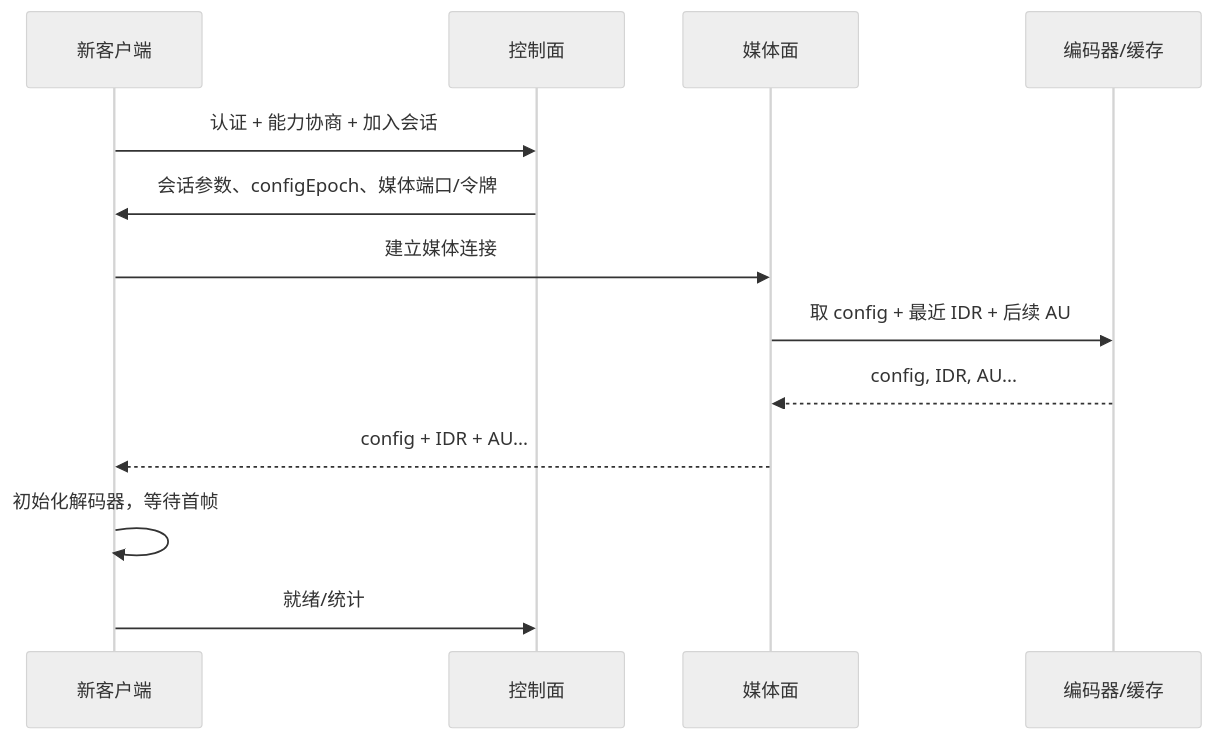
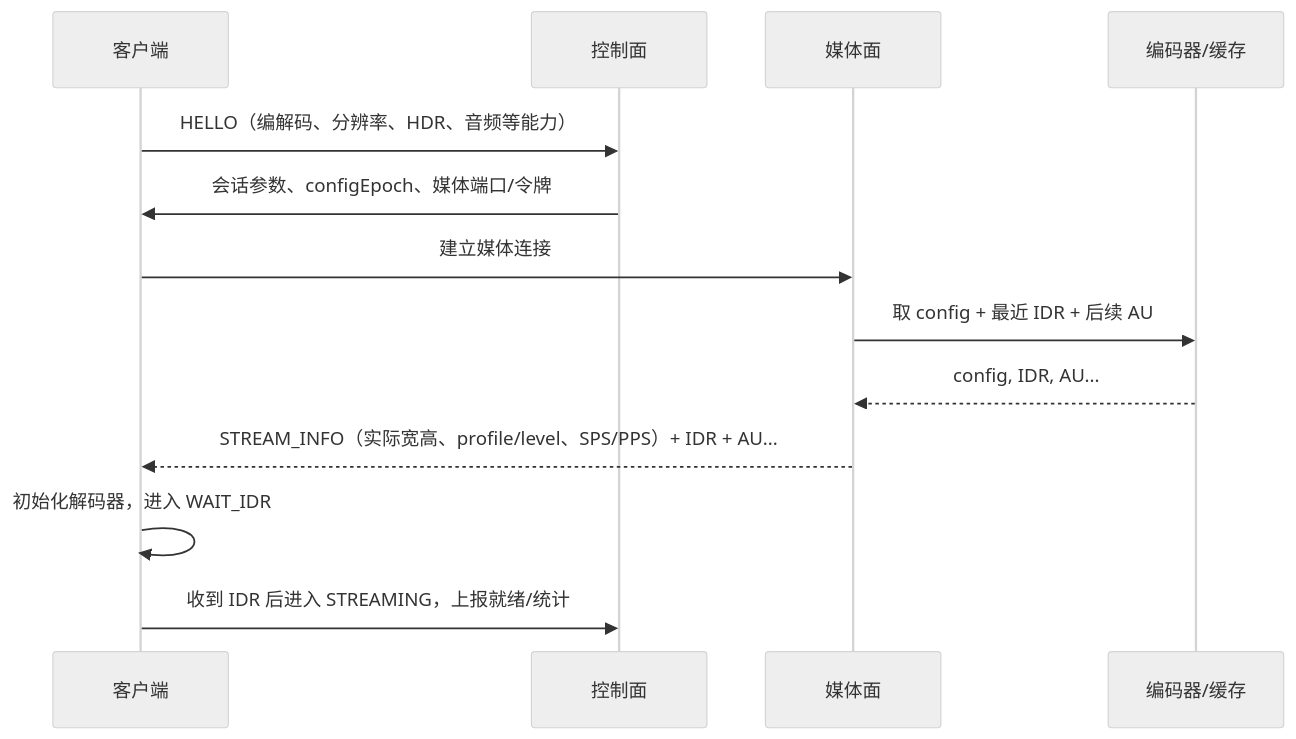
Before and after one commit to obby-xiang/LocalScreenShareAndroid: the third of 7 diagrams in docs/media-architecture.md, drawn with Mermaid (neutral theme). The commit also changed other lines of this file and 3 other files, not shown here.

````diff
--- a/docs/media-architecture.md
+++ b/docs/media-architecture.md
@@ -166,16 +182,16 @@
 ```mermaid
 sequenceDiagram
-    participant C as 新客户端
+    participant C as 客户端
     participant CP as 控制面
     participant M as 媒体面
     participant E as 编码器/缓存
 
-    C->>CP: 认证 + 能力协商 + 加入会话
+    C->>CP: HELLO（编解码、分辨率、HDR、音频等能力）
     CP->>C: 会话参数、configEpoch、媒体端口/令牌
     C->>M: 建立媒体连接
     M->>E: 取 config + 最近 IDR + 后续 AU
     E-->>M: config, IDR, AU...
-    M-->>C: config + IDR + AU...
-    C->>C: 初始化解码器，等待首帧
-    C->>CP: 就绪/统计
+    M-->>C: STREAM_INFO（实际宽高、profile/level、SPS/PPS）+ IDR + AU...
+    C->>C: 初始化解码器，进入 WAIT_IDR
+    C->>CP: 收到 IDR 后进入 STREAMING，上报就绪/统计
 ```
````
